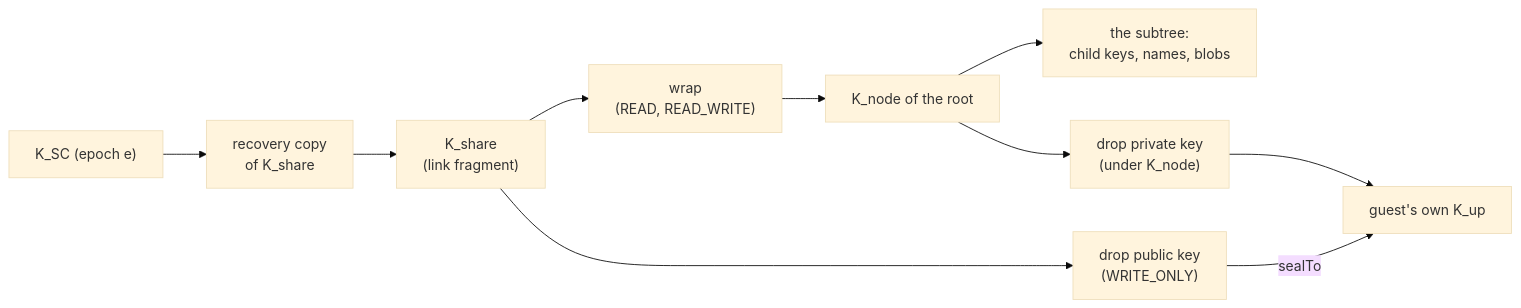
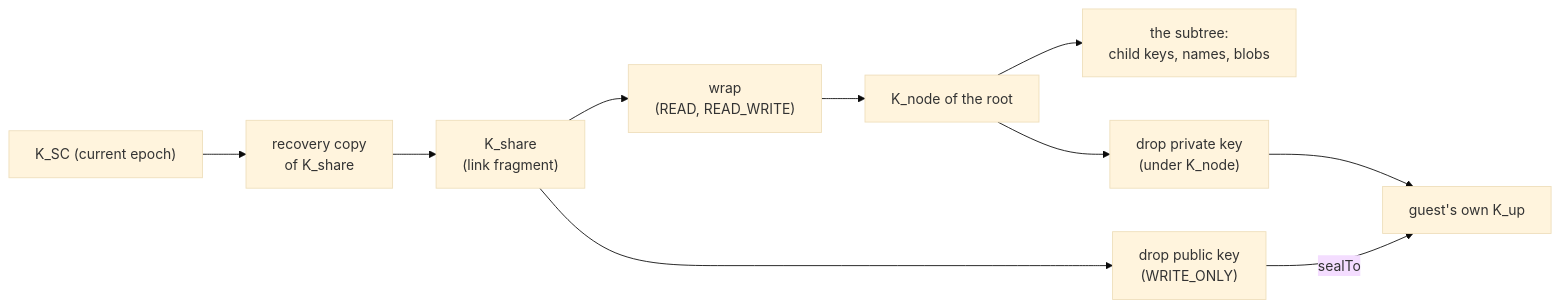
Before and after one commit to raddatzk/veyq: the first of 2 diagrams in docs/features/sharing/enablers/en.sharing.public-link.md, drawn with Mermaid (base theme). The commit also changed other lines of this file and 80 other files, not shown here.

````diff
--- a/docs/features/sharing/enablers/en.sharing.public-link.md
+++ b/docs/features/sharing/enablers/en.sharing.public-link.md
@@ -92,17 +95,17 @@
 ```mermaid
 flowchart LR
   frag["K_share<br>(link fragment)"]
   wrap["wrap<br>(READ, READ_WRITE)"]
   knode["K_node of the root"]
   sub["the subtree:<br>child keys, names, blobs"]
   dpub["drop public key<br>(WRITE_ONLY)"]
   kup["guest's own K_up"]
   dpriv["drop private key<br>(under K_node)"]
-  ksc["K_SC (epoch e)"]
+  ksc["K_SC (current epoch)"]
   rec["recovery copy<br>of K_share"]
   frag --> wrap --> knode --> sub
   frag --> dpub
   dpub -->|"sealTo"| kup
   knode --> dpriv --> kup
   ksc --> rec --> frag
 ```
````
